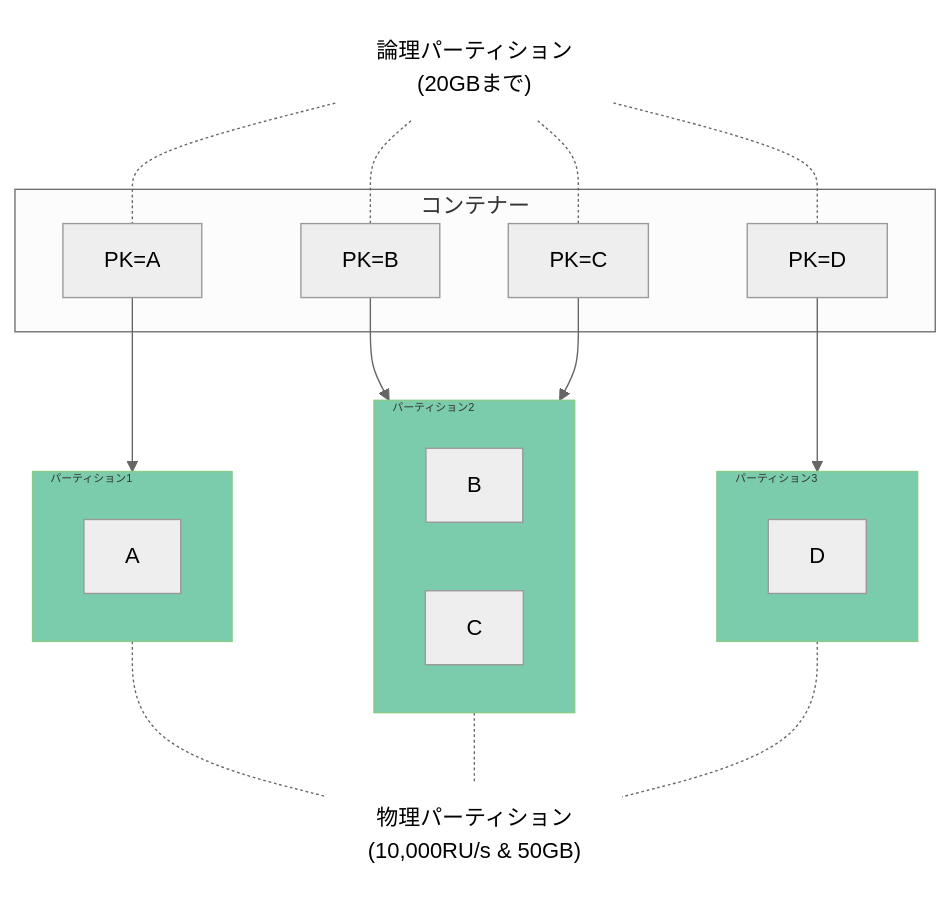
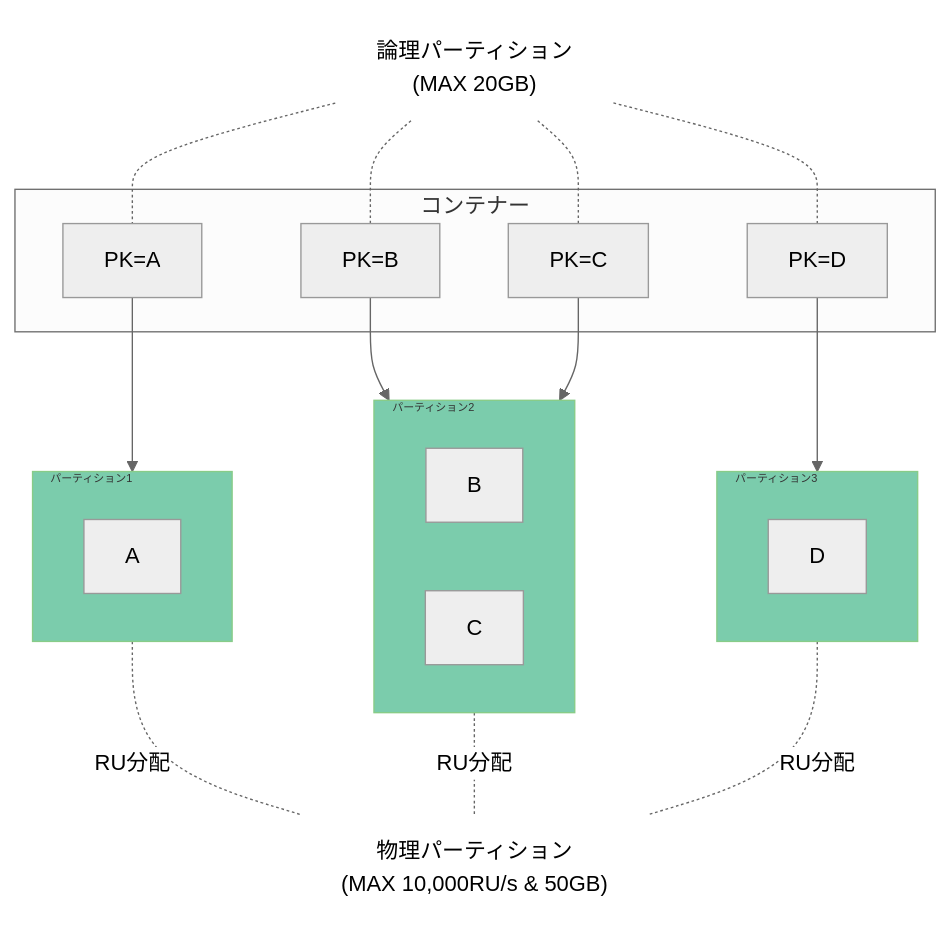
One commit to tahayaka-microsoft/CosmosDB-ChangeFeed-Functions changed the second of 5 diagrams in 00_CosmosDB_Essential.md. Above: the diagram before and after it, drawn with Mermaid (neutral theme).

````diff
--- a/00_CosmosDB_Essential.md
+++ b/00_CosmosDB_Essential.md
@@ -243,36 +243,36 @@
 ```mermaid
 graph TD
-  cap["論理パーティション<BR>(20GBまで)"]
+  cap["論理パーティション<BR>(MAX 20GB)"]
   subgraph Con["コンテナー"]
     A["PK=A"]
     B["PK=B"]
     C["PK=C"]
     D["PK=D"]
   end
   cap -.- A
   cap -.- B
   cap -.- C
   cap -.- D
   style cap stroke-width:0, fill-opacity:0%
   subgraph p1["パーティション1"]
     A2[A]
   end
   subgraph p2["パーティション2"]
     B2[B]
     C2[C]
   end
   subgraph p3["パーティション3"]
     D2[D]
   end
   A --> p1
   B --> p2
   C --> p2
   D --> p3
-  p1 -.- cap2["物理パーティション<BR>(10,000RU/s & 50GB)"] 
-  p2 -.- cap2
-  p3 -.- cap2
+  p1 -.RU分配.- cap2["物理パーティション<BR>(MAX 10,000RU/s & 50GB)"] 
+  p2 -.RU分配.- cap2
+  p3 -.RU分配.- cap2
   style p1 font-size:8px,fill:#7BCCAC,stroke:#8C8
   style p2 font-size:8px,fill:#7BCCAC,stroke:#8C8
   style p3 font-size:8px,fill:#7BCCAC,stroke:#8C8
   style cap2 stroke-width:0, fill-opacity:0%
 ```
````
